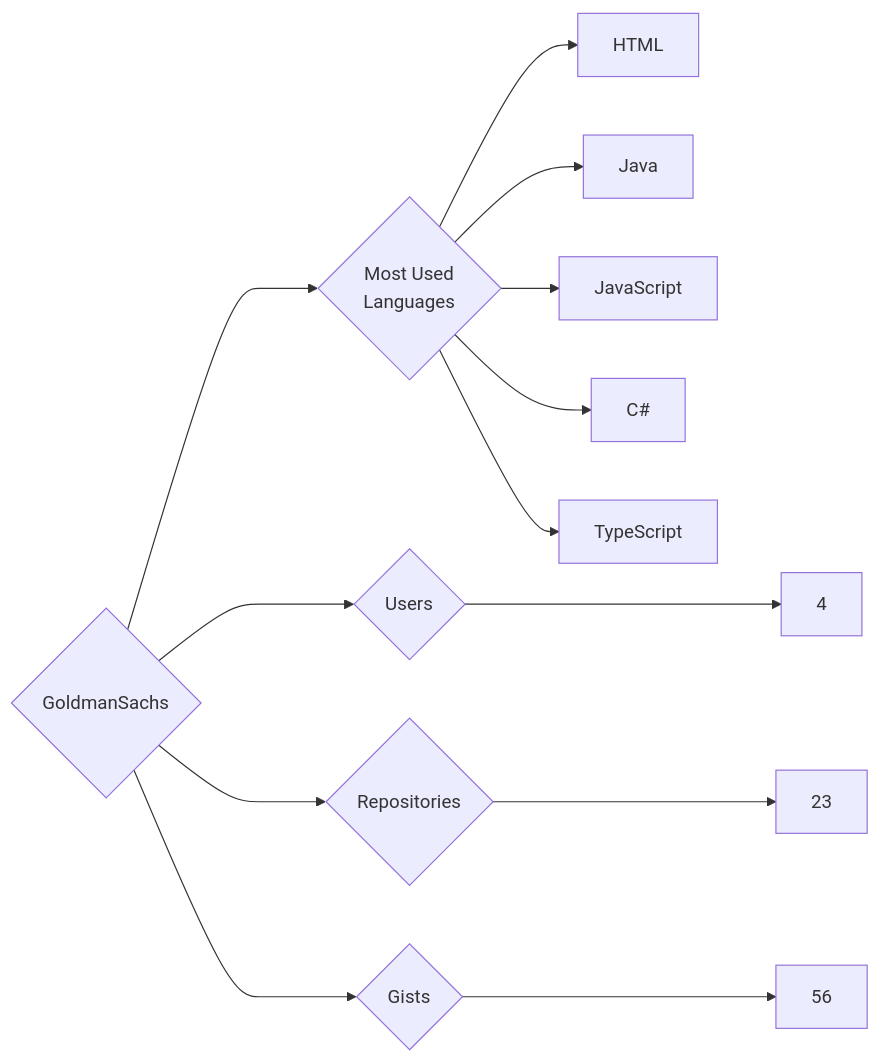
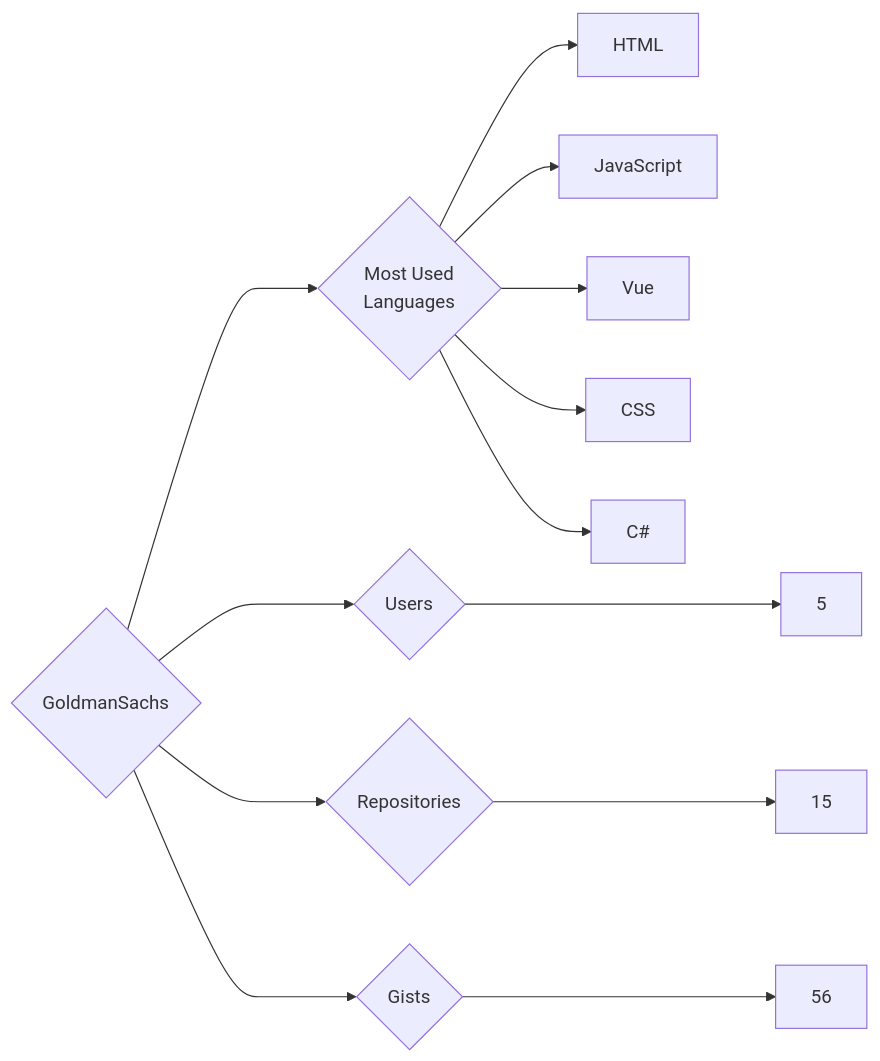
Before and after one commit to trickest/insiders: the diagram in targets/GoldmanSachs/README.md, drawn with Mermaid. The commit also changed 1212 other files, not shown here.

````diff
--- a/targets/GoldmanSachs/README.md
+++ b/targets/GoldmanSachs/README.md
@@ -3,13 +3,13 @@
 ```mermaid
 graph LR
 COMPANY_NAME{GoldmanSachs}
-COMPANY_NAME ---> U{Users} ---> UN[4]
-COMPANY_NAME ---> R{Repositories} ---> RN[23]
+COMPANY_NAME ---> U{Users} ---> UN[5]
+COMPANY_NAME ---> R{Repositories} ---> RN[15]
 COMPANY_NAME ---> G{Gists} ---> GN[56]
 COMPANY_NAME ---> ML{Most Used<br>Languages}
 ML --> HTML[HTML]
-ML --> Java[Java]
 ML --> JavaScript[JavaScript]
+ML --> Vue[Vue]
+ML --> CSS[CSS]
 ML --> C#[C#]
-ML --> TypeScript[TypeScript]
 ```
````
